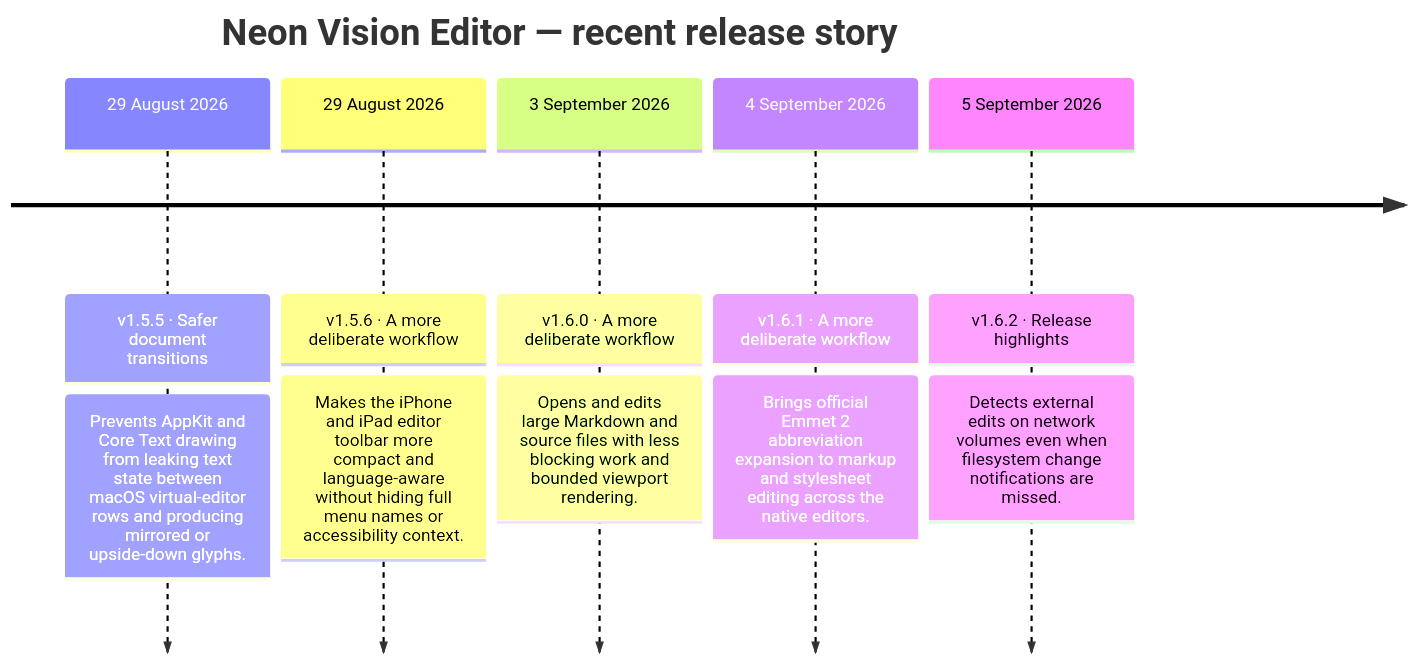
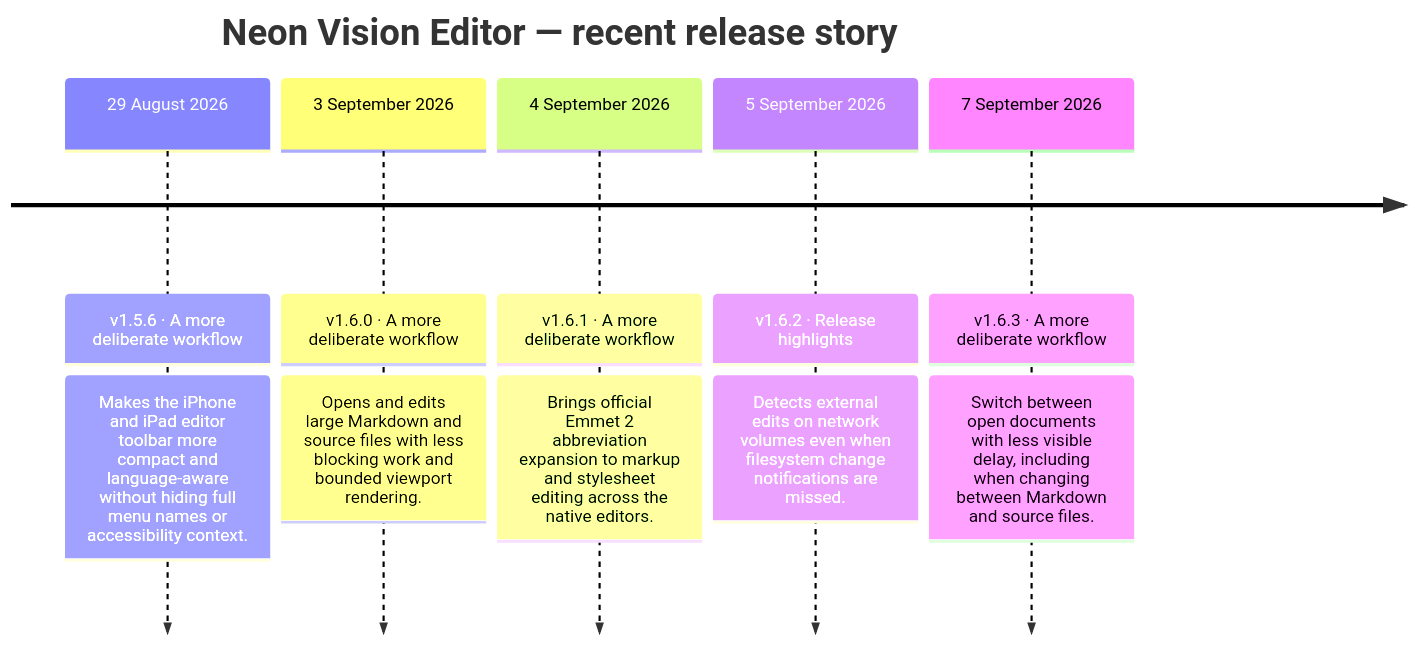
Before and after one commit to h3pdesign/Neon-Vision-Editor: the second of 2 diagrams in README.md, drawn with Mermaid. The commit also changed other lines of this file and 9 other files, not shown here.

````diff
--- a/README.md
+++ b/README.md
@@ -814,14 +810,14 @@
 ```mermaid
 timeline
     title Neon Vision Editor — recent release story
-    29 August 2026 : v1.5.5 · Safer document transitions
-                : Prevents AppKit and Core Text drawing from leaking text state between macOS virtual-editor rows and producing mirrored or upside-down glyphs.
     29 August 2026 : v1.5.6 · A more deliberate workflow
                 : Makes the iPhone and iPad editor toolbar more compact and language-aware without hiding full menu names or accessibility context.
     3 September 2026 : v1.6.0 · A more deliberate workflow
                 : Opens and edits large Markdown and source files with less blocking work and bounded viewport rendering.
     4 September 2026 : v1.6.1 · A more deliberate workflow
                 : Brings official Emmet 2 abbreviation expansion to markup and stylesheet editing across the native editors.
     5 September 2026 : v1.6.2 · Release highlights
                 : Detects external edits on network volumes even when filesystem change notifications are missed.
+    7 September 2026 : v1.6.3 · A more deliberate workflow
+                : Switch between open documents with less visible delay, including when changing between Markdown and source files.
 ```
````
